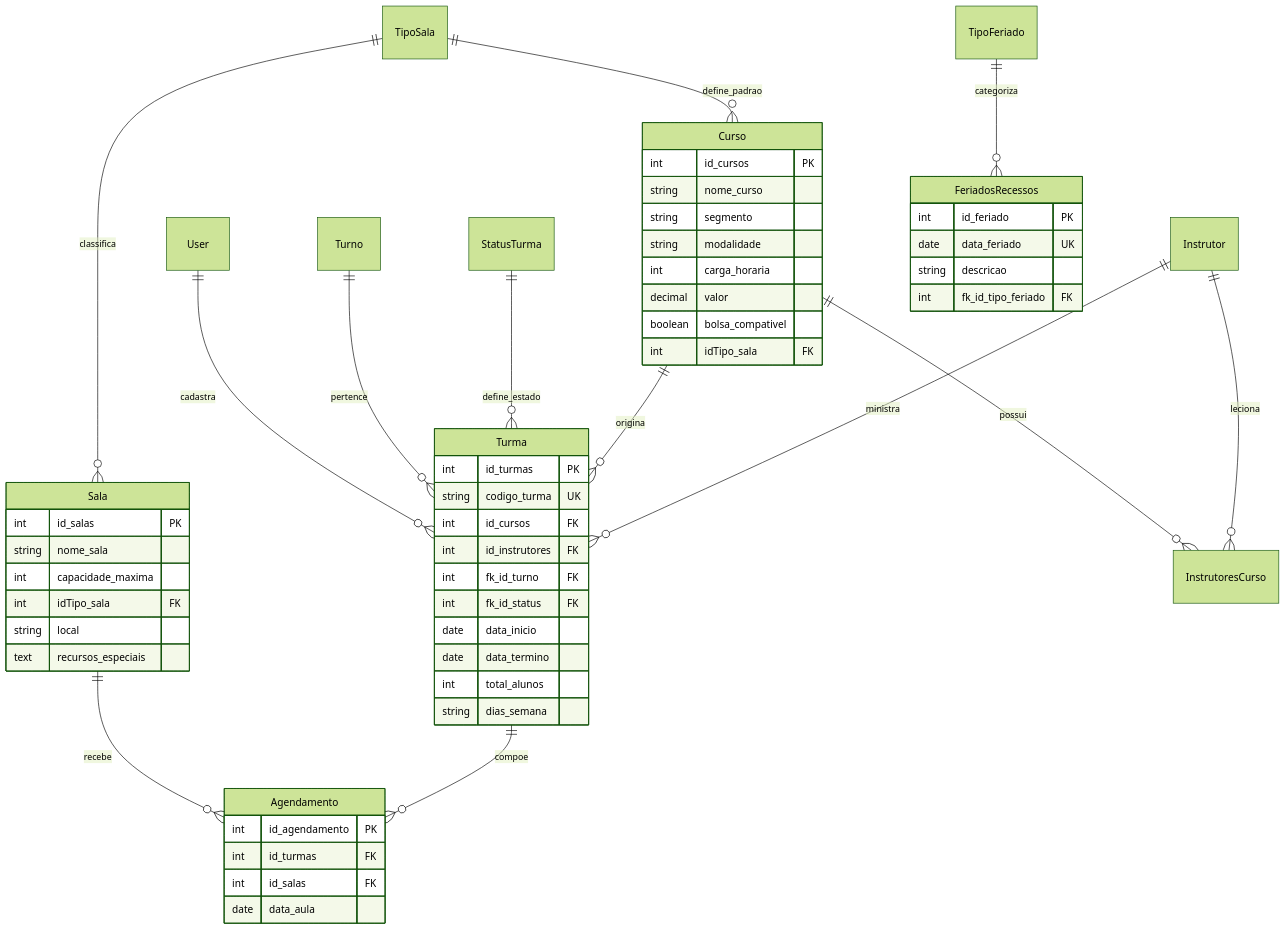
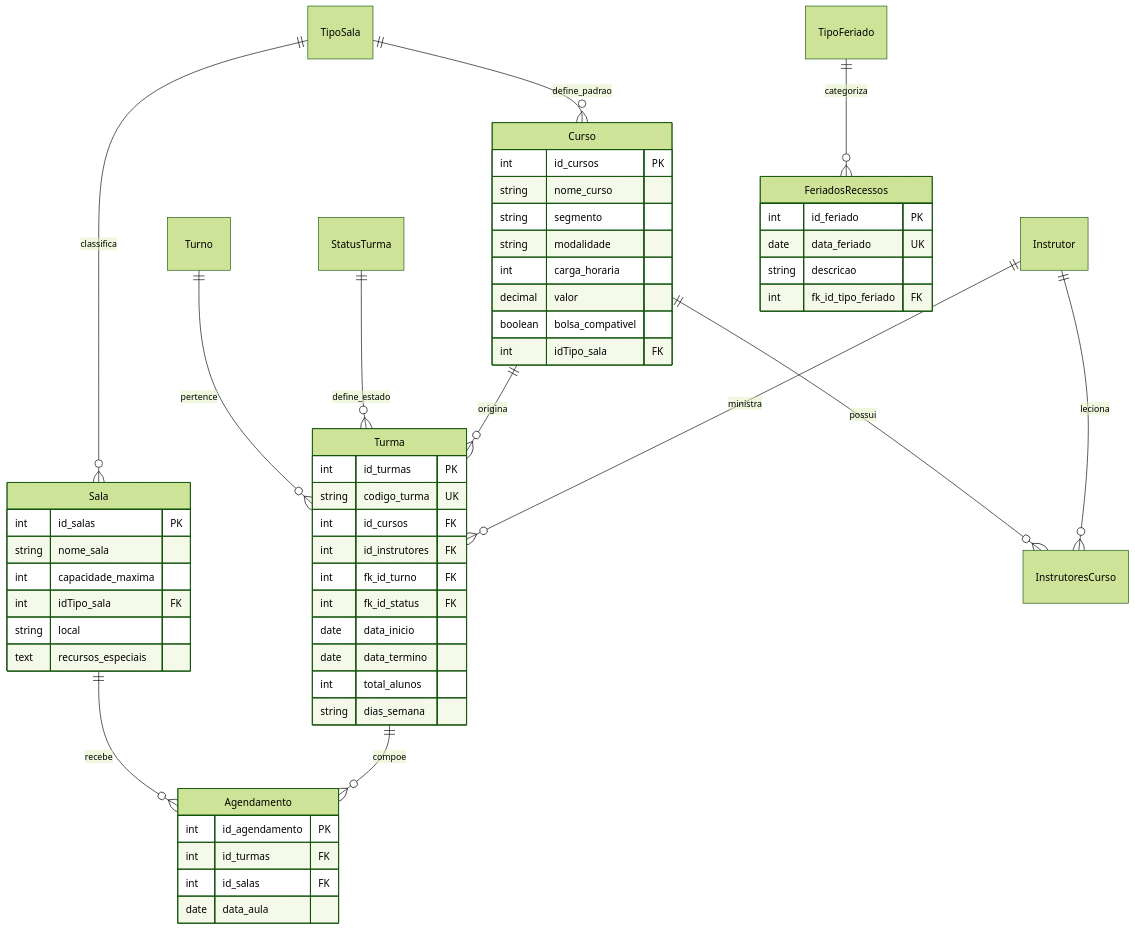
One commit to SpellmanKing/mapa-sala changed the second of 2 diagrams in README.md. Above: the diagram before and after it, drawn with Mermaid (forest theme). The commit also changed other lines of this file and 31 other files, not shown here.

````diff
--- a/README.md
+++ b/README.md
@@ -173,62 +120,61 @@
 ```mermaid
 erDiagram
-    User ||--o{ Turma : cadastra
+    Turno ||--o{ Turma : pertence
+    StatusTurma ||--o{ Turma : define_estado
     TipoSala ||--o{ Sala : classifica
     TipoSala ||--o{ Curso : define_padrao
     Sala ||--o{ Agendamento : recebe
-    Turno ||--o{ Turma : pertence
-    StatusTurma ||--o{ Turma : define_estado
     Curso ||--o{ Turma : origina
     Curso ||--o{ InstrutoresCurso : possui
     Instrutor ||--o{ InstrutoresCurso : leciona
     Instrutor ||--o{ Turma : ministra
     Turma ||--o{ Agendamento : compoe
     TipoFeriado ||--o{ FeriadosRecessos : categoriza
 
     Sala {
         int id_salas PK
         string nome_sala
         int capacidade_maxima
         int idTipo_sala FK
         string local
         text recursos_especiais
     }
 
     Curso {
         int id_cursos PK
         string nome_curso
         string segmento
         string modalidade
         int carga_horaria
         decimal valor
         boolean bolsa_compativel
         int idTipo_sala FK
     }
 
     Turma {
         int id_turmas PK
         string codigo_turma UK
         int id_cursos FK
         int id_instrutores FK
         int fk_id_turno FK
         int fk_id_status FK
         date data_inicio
         date data_termino
         int total_alunos
         string dias_semana
     }
 
     Agendamento {
         int id_agendamento PK
         int id_turmas FK
         int id_salas FK
         date data_aula
     }
 
     FeriadosRecessos {
         int id_feriado PK
         date data_feriado UK
         string descricao
         int fk_id_tipo_feriado FK
     }
 ```
````
